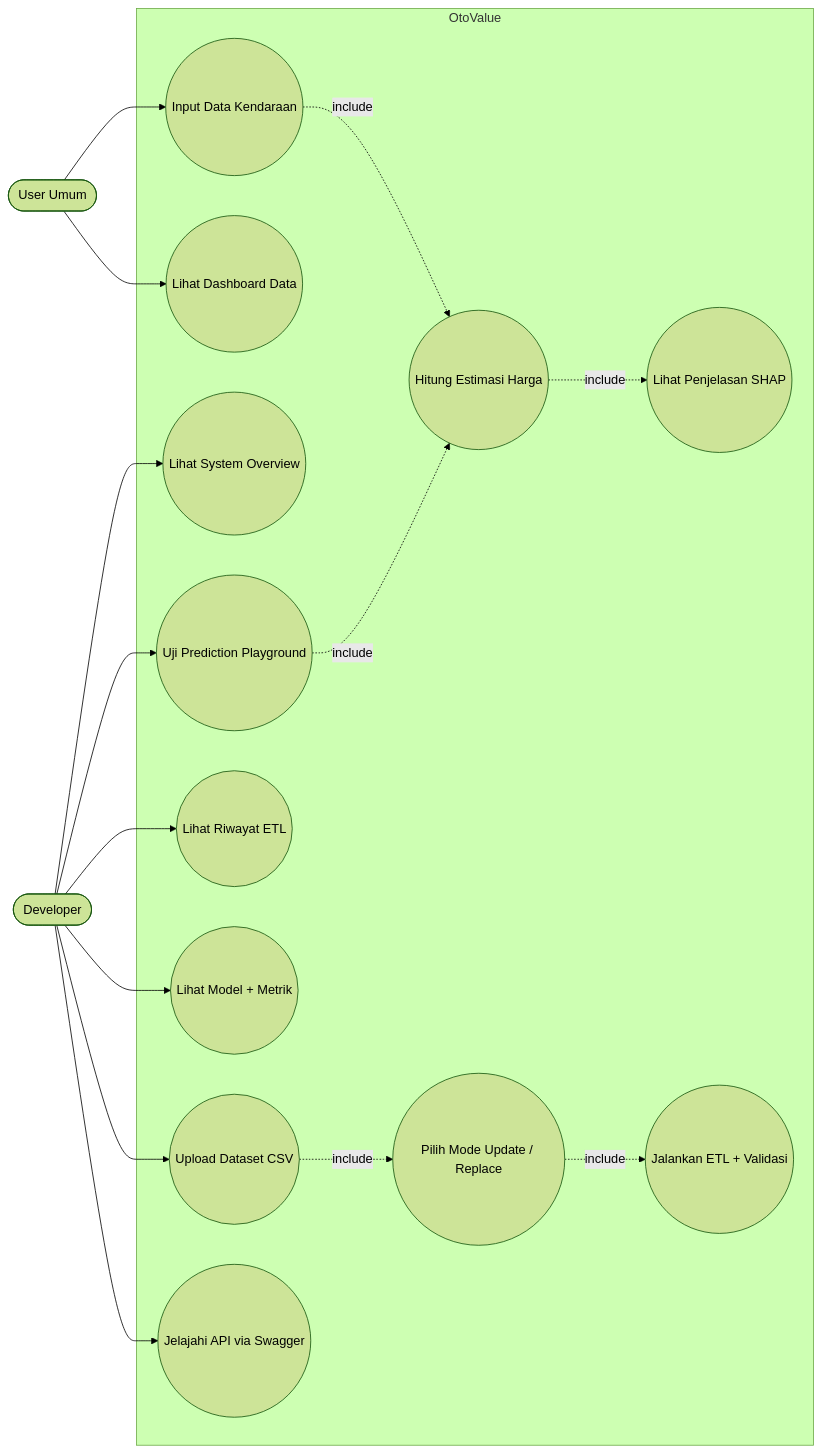
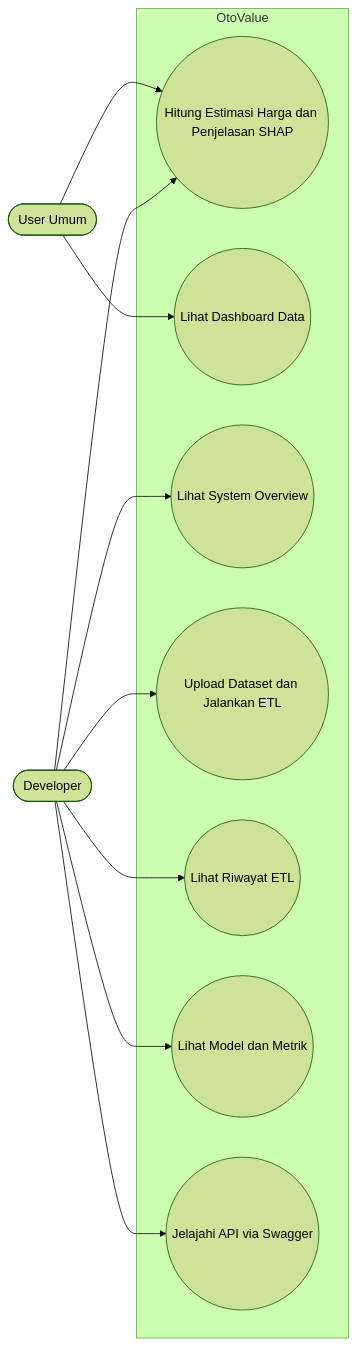
The seventh of 18 diagrams in README.md (RistoKuy/XAI_Car_CP), drawn with Mermaid (forest theme) before and after one commit. The commit also changed other lines of this file and 26 other files, not shown here.

````diff
--- a/README.md
+++ b/README.md
@@ -921,32 +913,24 @@
 ```mermaid
 flowchart LR
     U([User Umum])
     D([Developer])
+
     subgraph SYS[OtoValue]
-        UC1((Input Data Kendaraan))
-        UC2((Hitung Estimasi Harga))
-        UC3((Lihat Penjelasan SHAP))
-        UC4((Lihat Dashboard Data))
-        UC5((Lihat System Overview))
-        UC6((Upload Dataset CSV))
-        UC7((Pilih Mode Update / Replace))
-        UC8((Jalankan ETL + Validasi))
-        UC9((Lihat Riwayat ETL))
-        UC10((Lihat Model + Metrik))
-        UC11((Uji Prediction Playground))
-        UC12((Jelajahi API via Swagger))
+        UC1((Hitung Estimasi Harga dan Penjelasan SHAP))
+        UC2((Lihat Dashboard Data))
+        UC3((Lihat System Overview))
+        UC4((Upload Dataset dan Jalankan ETL))
+        UC5((Lihat Riwayat ETL))
+        UC6((Lihat Model dan Metrik))
+        UC7((Jelajahi API via Swagger))
     end
+
     U --> UC1
-    UC1 -. include .-> UC2
-    UC2 -. include .-> UC3
-    U --> UC4
+    U --> UC2
+    D --> UC1
+    D --> UC3
+    D --> UC4
     D --> UC5
     D --> UC6
-    UC6 -. include .-> UC7
-    UC7 -. include .-> UC8
-    D --> UC9
-    D --> UC10
-    D --> UC11
-    UC11 -. include .-> UC2
-    D --> UC12
+    D --> UC7
 ```
````
